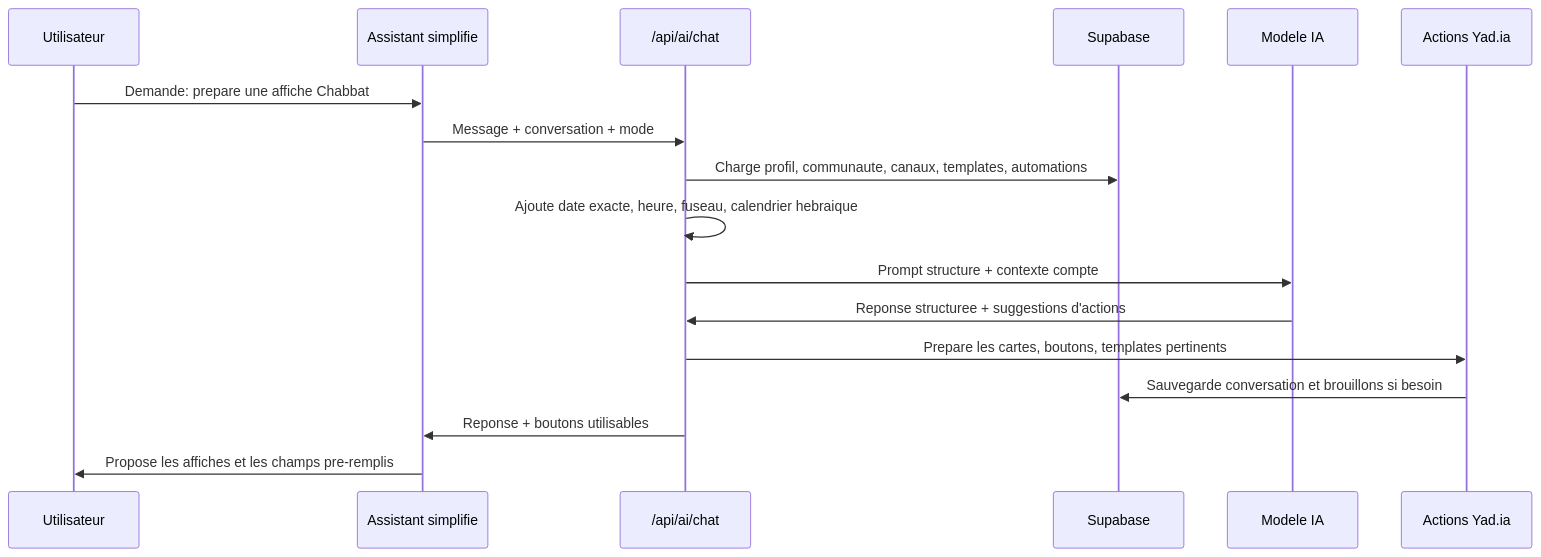
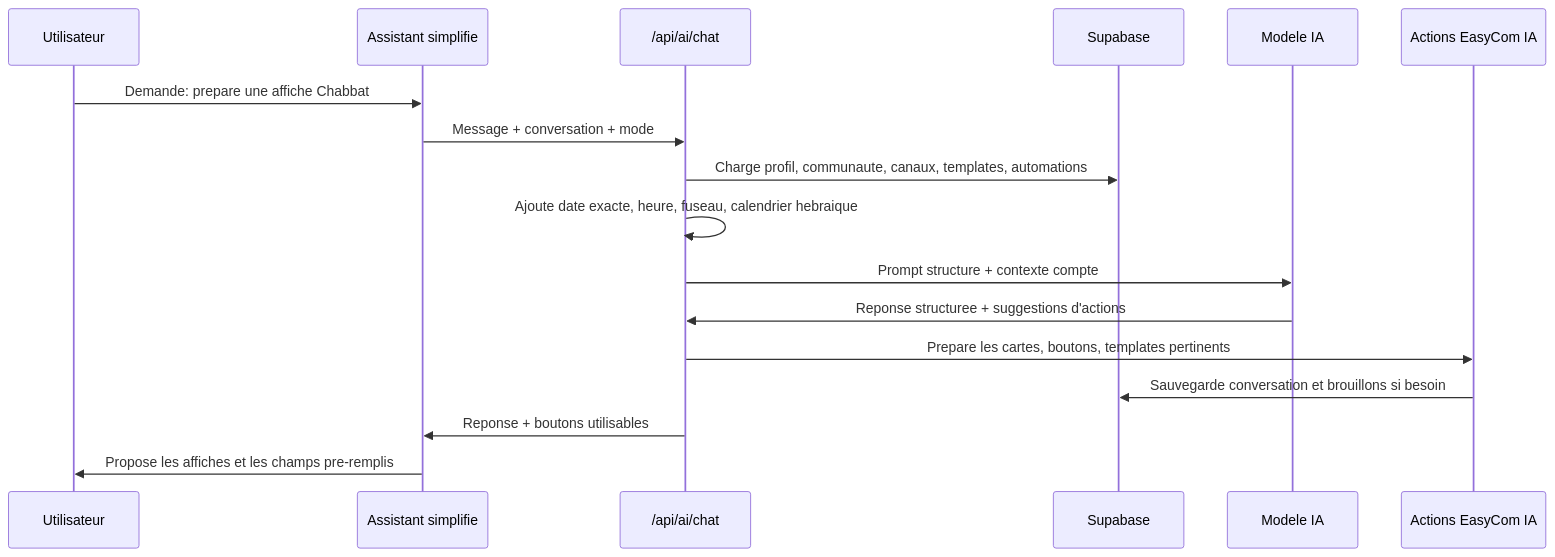
Before and after one commit to vadshlouhim/Yad-AI: the second of 2 diagrams in README.md, drawn with Mermaid. The commit also changed other lines of this file and 76 other files, not shown here.

````diff
--- a/README.md
+++ b/README.md
@@ -71,20 +71,20 @@
 ```mermaid
 sequenceDiagram
   participant U as Utilisateur
   participant A as Assistant simplifie
   participant API as /api/ai/chat
   participant DB as Supabase
   participant IA as Modele IA
-  participant ACT as Actions Yad.ia
+  participant ACT as Actions EasyCom IA
 
   U->>A: Demande: prepare une affiche Chabbat
   A->>API: Message + conversation + mode
   API->>DB: Charge profil, communaute, canaux, templates, automations
   API->>API: Ajoute date exacte, heure, fuseau, calendrier hebraique
   API->>IA: Prompt structure + contexte compte
   IA->>API: Reponse structuree + suggestions d'actions
   API->>ACT: Prepare les cartes, boutons, templates pertinents
   ACT->>DB: Sauvegarde conversation et brouillons si besoin
   API->>A: Reponse + boutons utilisables
   A->>U: Propose les affiches et les champs pre-remplis
 ```
````
